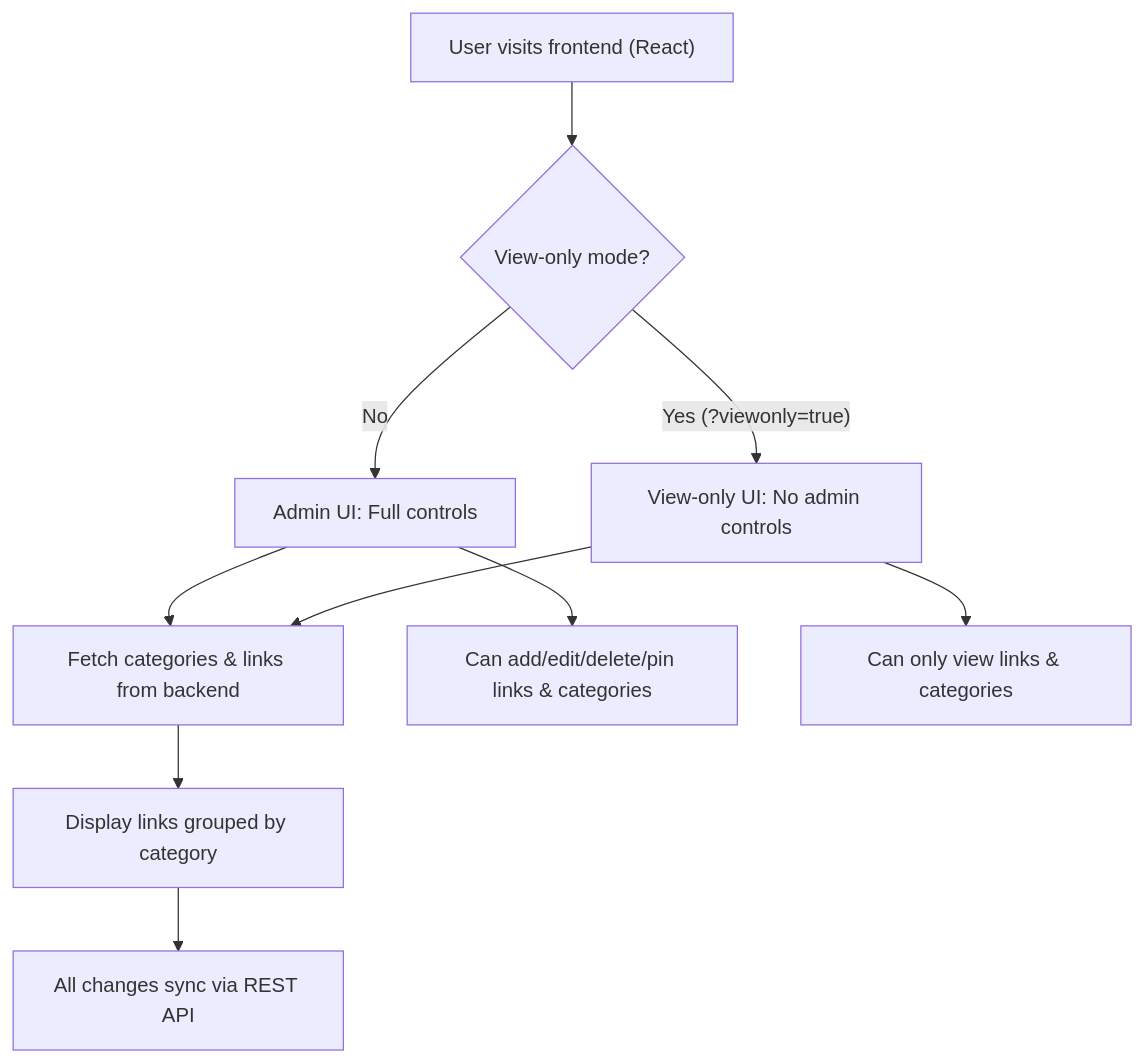
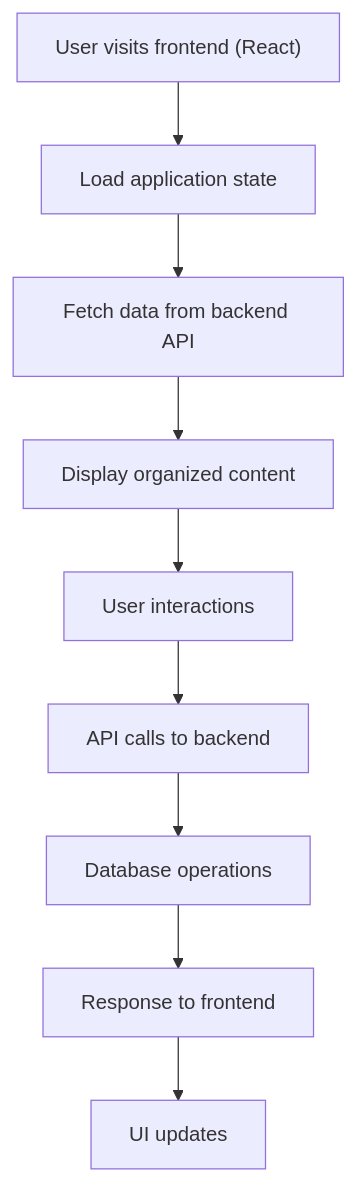
Before and after one commit to krishnapranayangara/linksdisplay: the diagram in README.md, drawn with Mermaid. The commit also changed other lines of this file, not shown here.

````diff
--- a/README.md
+++ b/README.md
@@ -74,11 +51,11 @@
 ```mermaid
 graph TD
-  A["User visits frontend (React)"] --> B{View-only mode?}
-  B -- "No" --> C["Admin UI: Full controls"]
-  B -- "Yes (?viewonly=true)" --> D["View-only UI: No admin controls"]
-  C & D --> E["Fetch categories & links from backend"]
-  E --> F["Display links grouped by category"]
-  C --> G["Can add/edit/delete/pin links & categories"]
-  D --> H["Can only view links & categories"]
-  F --> I["All changes sync via REST API"]
+  A["User visits frontend (React)"] --> B["Load application state"]
+  B --> C["Fetch data from backend API"]
+  C --> D["Display organized content"]
+  D --> E["User interactions"]
+  E --> F["API calls to backend"]
+  F --> G["Database operations"]
+  G --> H["Response to frontend"]
+  H --> I["UI updates"]
 ```
````
